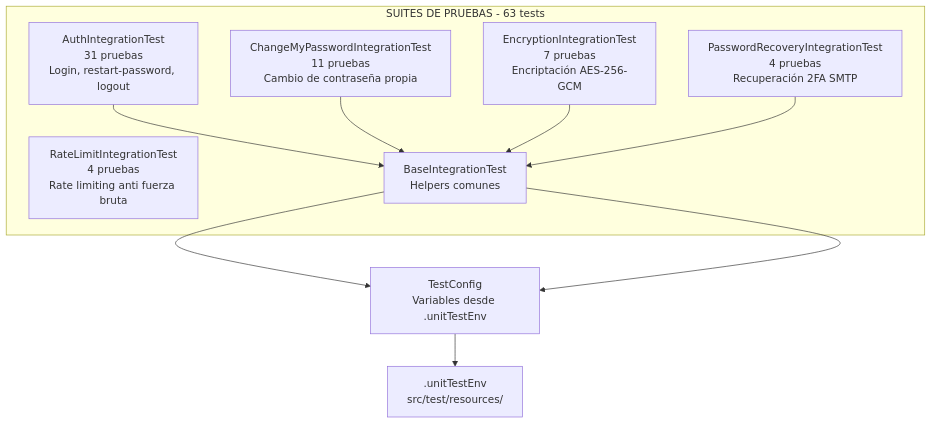
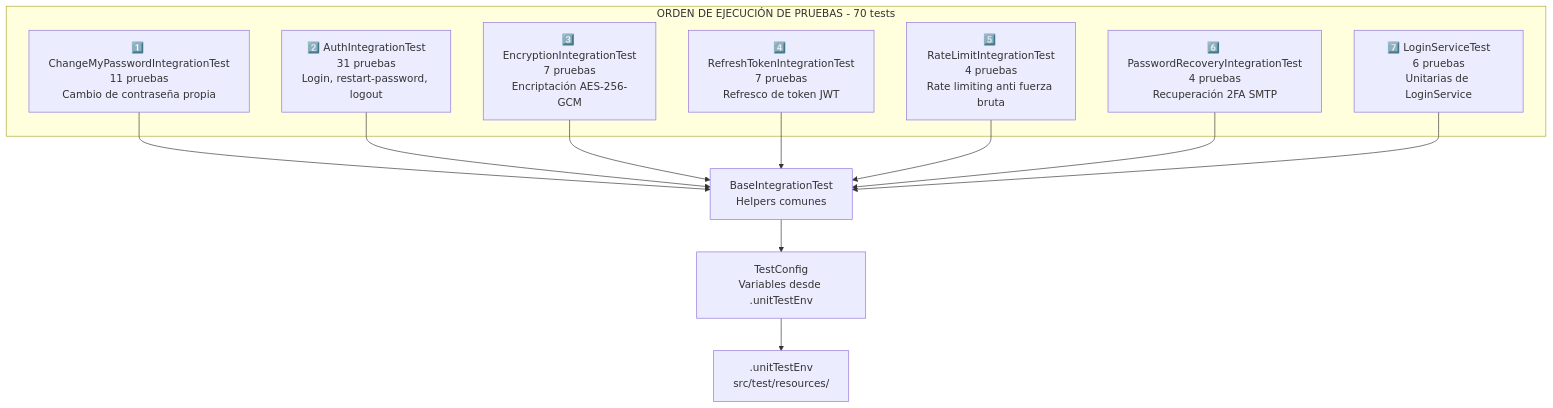
Before and after one commit to 42mrnobody42-alt/investment-tracker: diagram 11 of 11 in README.md, drawn with Mermaid. The commit also changed other lines of this file, not shown here.

Commit message:
actualizar documentación con la nueva función de refresh token

````diff
--- a/README.md
+++ b/README.md
@@ -466,20 +503,23 @@
 ```mermaid
 graph TB
-    subgraph "SUITES DE PRUEBAS - 63 tests"
-        A["AuthIntegrationTest<br/>31 pruebas<br/>Login, restart-password, logout"]
-        B["ChangeMyPasswordIntegrationTest<br/>11 pruebas<br/>Cambio de contraseña propia"]
-        C["EncryptionIntegrationTest<br/>7 pruebas<br/>Encriptación AES-256-GCM"]
-        D["PasswordRecoveryIntegrationTest<br/>4 pruebas<br/>Recuperación 2FA SMTP"]
-        E["RateLimitIntegrationTest<br/>4 pruebas<br/>Rate limiting anti fuerza bruta"]
-        F["LoginServiceTest<br/>6 pruebas<br/>Unitarias de LoginService"]
+    subgraph "ORDEN DE EJECUCIÓN DE PRUEBAS - 70 tests"
+        A["1️⃣ ChangeMyPasswordIntegrationTest<br/>11 pruebas<br/>Cambio de contraseña propia"]
+        B["2️⃣ AuthIntegrationTest<br/>31 pruebas<br/>Login, restart-password, logout"]
+        C["3️⃣ EncryptionIntegrationTest<br/>7 pruebas<br/>Encriptación AES-256-GCM"]
+        D["4️⃣ RefreshTokenIntegrationTest<br/>7 pruebas<br/>Refresco de token JWT"]
+        E["5️⃣ RateLimitIntegrationTest<br/>4 pruebas<br/>Rate limiting anti fuerza bruta"]
+        F["6️⃣ PasswordRecoveryIntegrationTest<br/>4 pruebas<br/>Recuperación 2FA SMTP"]
+        G["7️⃣ LoginServiceTest<br/>6 pruebas<br/>Unitarias de LoginService"]
     end
 
-    A --> F["BaseIntegrationTest<br/>Helpers comunes"]
-    B --> F
-    C --> F
-    D --> F
-    F --> G
+    A --> H["BaseIntegrationTest<br/>Helpers comunes"]
+    B --> H
+    C --> H
+    D --> H
+    E --> H
+    F --> H
+    G --> H
 
-    F --> G["TestConfig<br/>Variables desde .unitTestEnv"]
-    G --> H[".unitTestEnv<br/>src/test/resources/"]
+    H --> I["TestConfig<br/>Variables desde .unitTestEnv"]
+    I --> J[".unitTestEnv<br/>src/test/resources/"]
 ```
````
